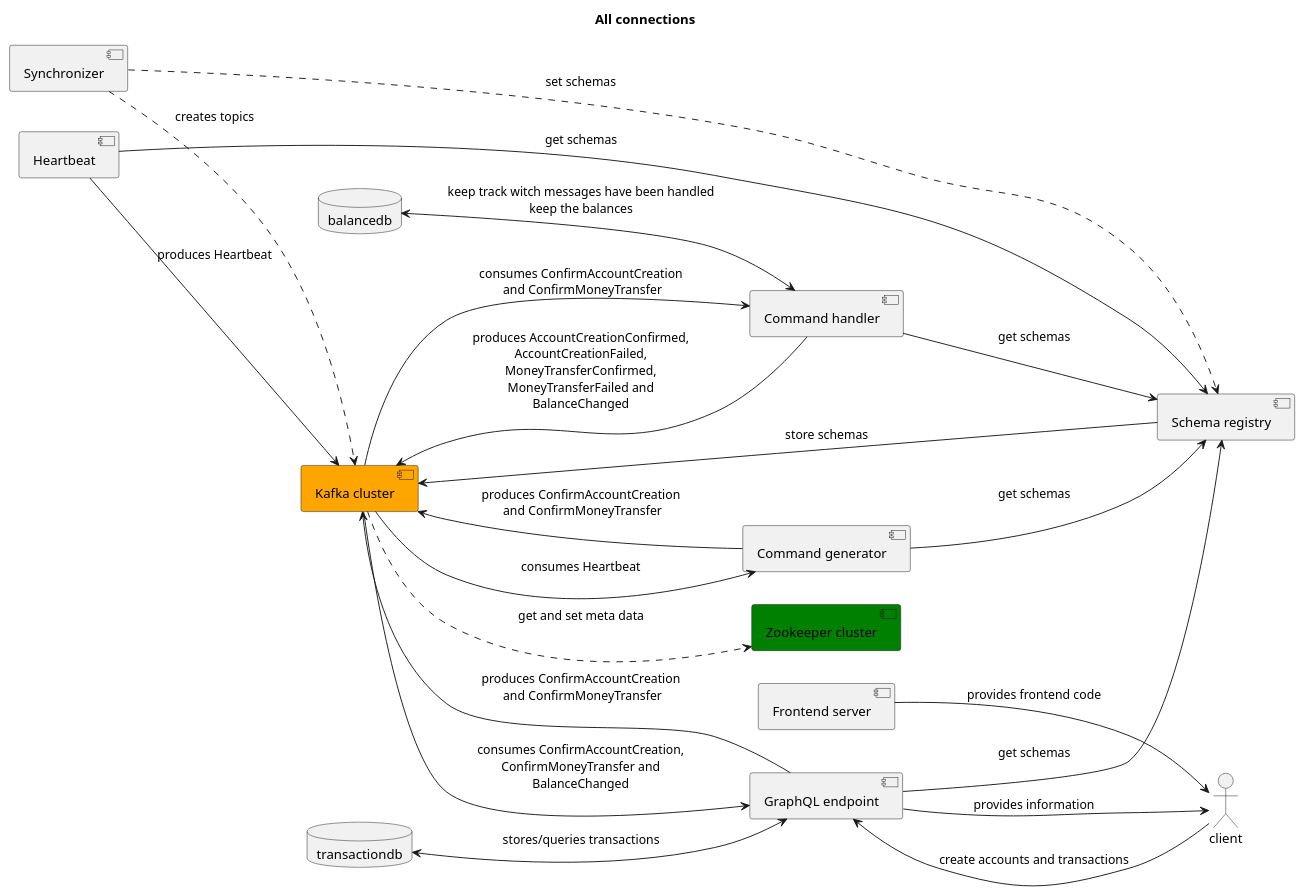
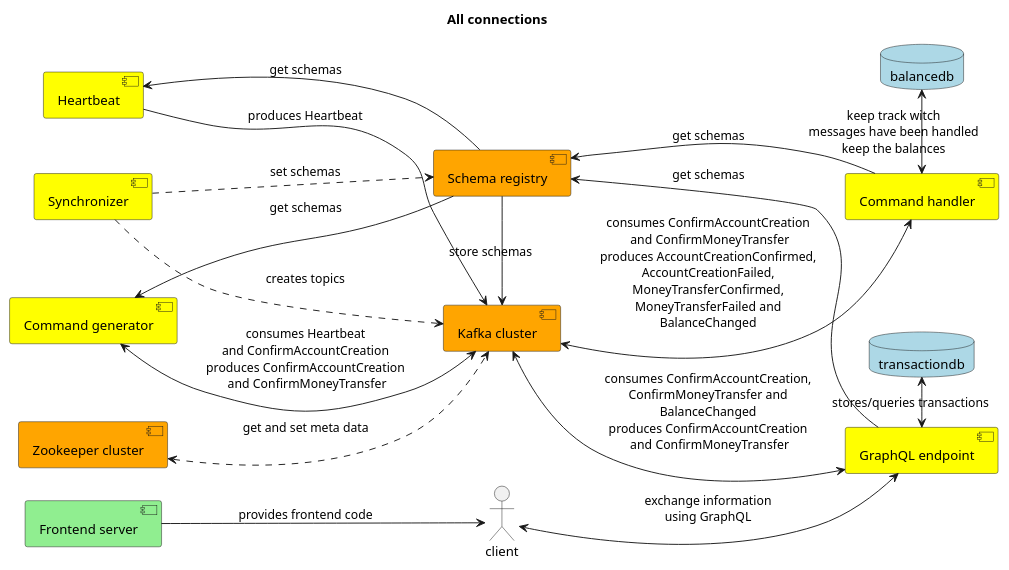
Before and after one commit to openweb-nl/open-bank-mark: the diagram in resources/overview.puml, drawn with PlantUML. The commit also changed 35 other files, not shown here.

```diff
--- a/resources/overview.puml
+++ b/resources/overview.puml
@@ -1,38 +1,36 @@
 @startuml
+
 left to right direction
 title All connections
+
 [Kafka cluster] as kc #Orange
-[Zookeeper cluster] as zc #Green
-[Schema registry] as sr
-[Synchronizer] as sy
-[Heartbeat] as hb
-[Command generator] as cg
-[Command handler] as ch
-[GraphQL endpoint] as ge
-[Frontend server] as fs
+[Zookeeper cluster] as zc #Orange
+[Schema registry] as sr #Orange
+[Synchronizer] as sy #Yellow
+[Heartbeat] as hb #Yellow
+[Command generator] as cg #Yellow
+[Command handler] as ch #Yellow
+[GraphQL endpoint] as ge #Yellow
+[Frontend server] as fs #LightGreen
 actor client as cl
-database balancedb as pgb
-database transactiondb as pgt
+database balancedb as pgb #LightBlue
+database transactiondb as pgt #LightBlue
 
-kc ..> zc : get and set meta data
+sy ..> sr : set schemas
 sy ..> kc : creates topics
-sy ..> sr : set schemas
-sr --> kc : store schemas
-hb --> sr : get schemas
-cg --> sr : get schemas
-ch --> sr : get schemas
-ge --> sr : get schemas
+fs --> cl : provides frontend code
+cl <--> ge : exchange information\nusing GraphQL
+zc <..> kc : get and set meta data
+cg <--> kc : consumes Heartbeat\nand ConfirmAccountCreation\nproduces ConfirmAccountCreation\n and ConfirmMoneyTransfer
+kc <--> ch : consumes ConfirmAccountCreation\n and ConfirmMoneyTransfer\nproduces AccountCreationConfirmed,\nAccountCreationFailed,\nMoneyTransferConfirmed,\nMoneyTransferFailed and\nBalanceChanged
+kc <--> ge : consumes ConfirmAccountCreation,\nConfirmMoneyTransfer and\nBalanceChanged\nproduces ConfirmAccountCreation\n and ConfirmMoneyTransfer
 hb --> kc : produces Heartbeat
-kc --> cg : consumes Heartbeat
-cg --> kc : produces ConfirmAccountCreation\n and ConfirmMoneyTransfer
-kc --> ch : consumes ConfirmAccountCreation\n and ConfirmMoneyTransfer
-ch --> kc : produces AccountCreationConfirmed,\nAccountCreationFailed,\nMoneyTransferConfirmed,\nMoneyTransferFailed and\nBalanceChanged
-kc --> ge : consumes ConfirmAccountCreation,\nConfirmMoneyTransfer and\nBalanceChanged
-ge --> kc : produces ConfirmAccountCreation\n and ConfirmMoneyTransfer
-fs --> cl : provides frontend code
-cl --> ge : create accounts and transactions
-ge --> cl : provides information
-pgb <--> ch : keep track witch messages have been handled\nkeep the balances
-pgt <--> ge : stores/queries transactions
+pgb <-> ch : keep track witch\nmessages have been handled\nkeep the balances
+pgt <-> ge : stores/queries transactions
+sr <-- ch : get schemas
+sr <-- ge : get schemas
+sr -> kc : store schemas
+hb <-- sr : get schemas
+cg <-- sr : get schemas
 
 @enduml
```
